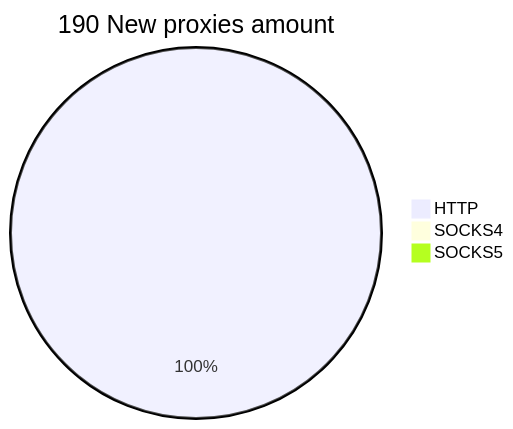
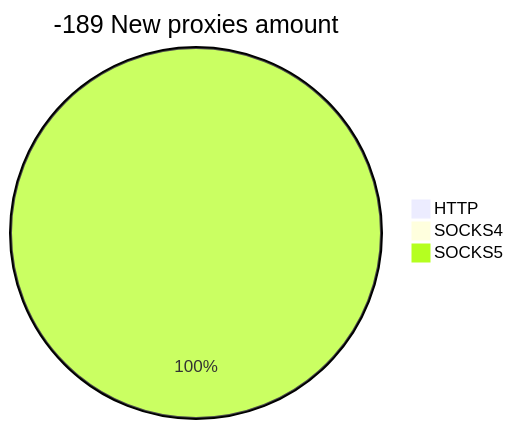
Before and after one commit to cutipu/proxylist: the second of 2 diagrams in README.md, drawn with Mermaid. The commit also changed other lines of this file, not shown here.

````diff
--- a/README.md
+++ b/README.md
@@ -10,6 +10,6 @@
 ```mermaid
-pie title 190 New proxies amount
-    "HTTP" : 190
+pie title -189 New proxies amount
+    "HTTP" : 0
     "SOCKS4" : 0
-    "SOCKS5" : 0
+    "SOCKS5" : 1
 ```
````
